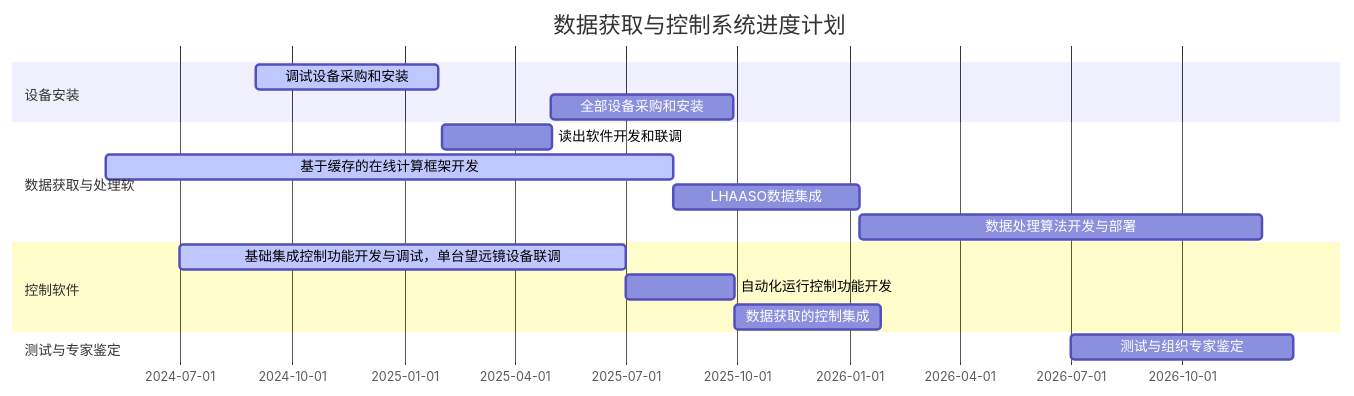
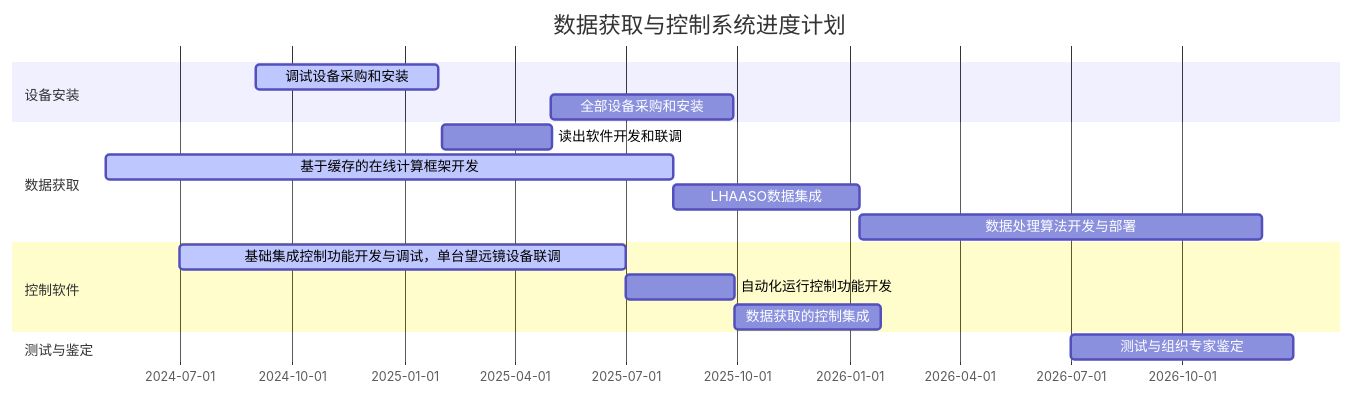
The diagram in all/未命名-1.md (gumh/iodraw-files), drawn with Mermaid before and after one commit.

Commit message:
2025-01-19 13:55:55 update

````diff
--- a/all/未命名-1.md
+++ b/all/未命名-1.md
@@ -1,21 +1,21 @@
 ```mermaid
 gantt
     title 数据获取与控制系统进度计划
     dateFormat YYYY-MM-DD
     todayMarker stroke-width:5px,stroke:#0f0,opacity:0.5
     
     section 设备安装
     调试设备采购和安装 :active, 2024-09-01, 150d
     全部设备采购和安装 :2025-05-01, 150d
-    section 数据获取与处理软
+    section 数据获取
     读出软件开发和联调 :2025-02-01, 90d
     基于缓存的在线计算框架开发 :active, b2, 2024-05-01, 465d
     LHAASO数据集成 :b3, after b2, 153d
     数据处理算法开发与部署 :after b3, 330d
     section 控制软件
     基础集成控制功能开发与调试，单台望远镜设备联调 :active, c1, 2024-07-01, 365d
     自动化运行控制功能开发 :c2, after c1, 90d
     数据获取的控制集成 :c3, after c2, 120d
-    section 测试与专家鉴定
+    section 测试与鉴定
     测试与组织专家鉴定 :2026-07-01, 2026-12-31
 ```
````
